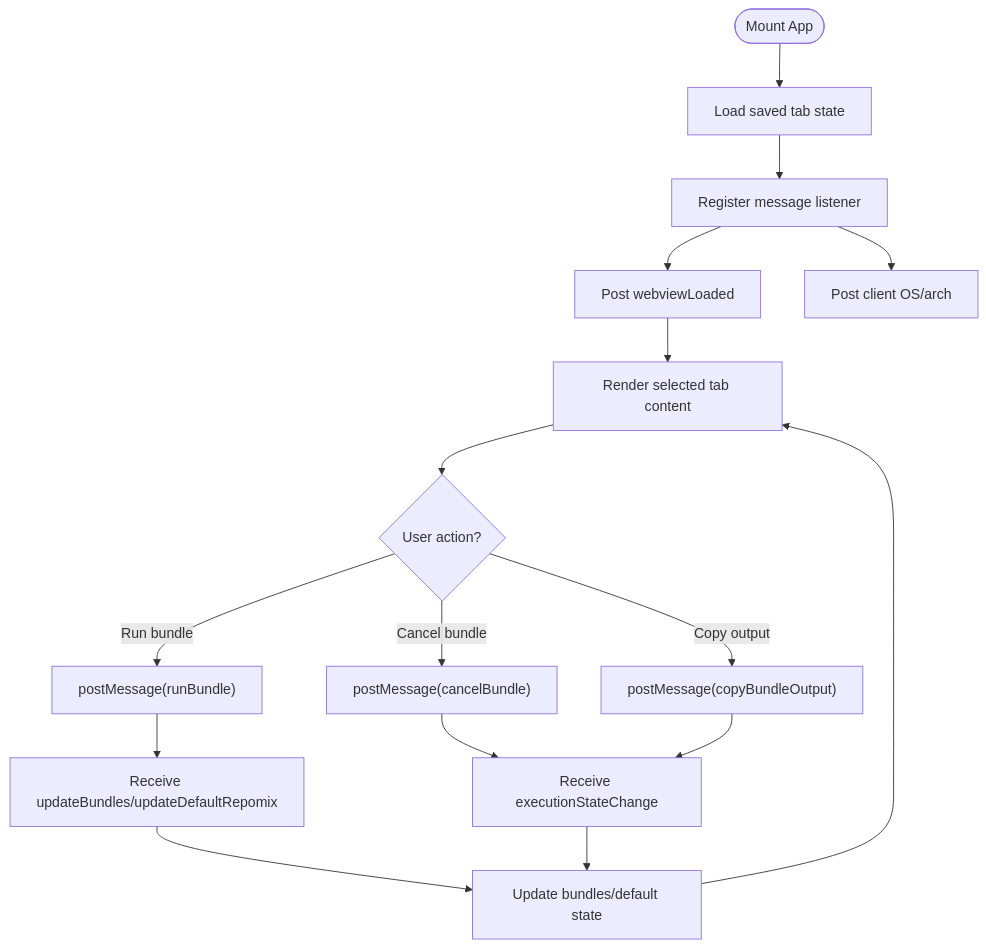
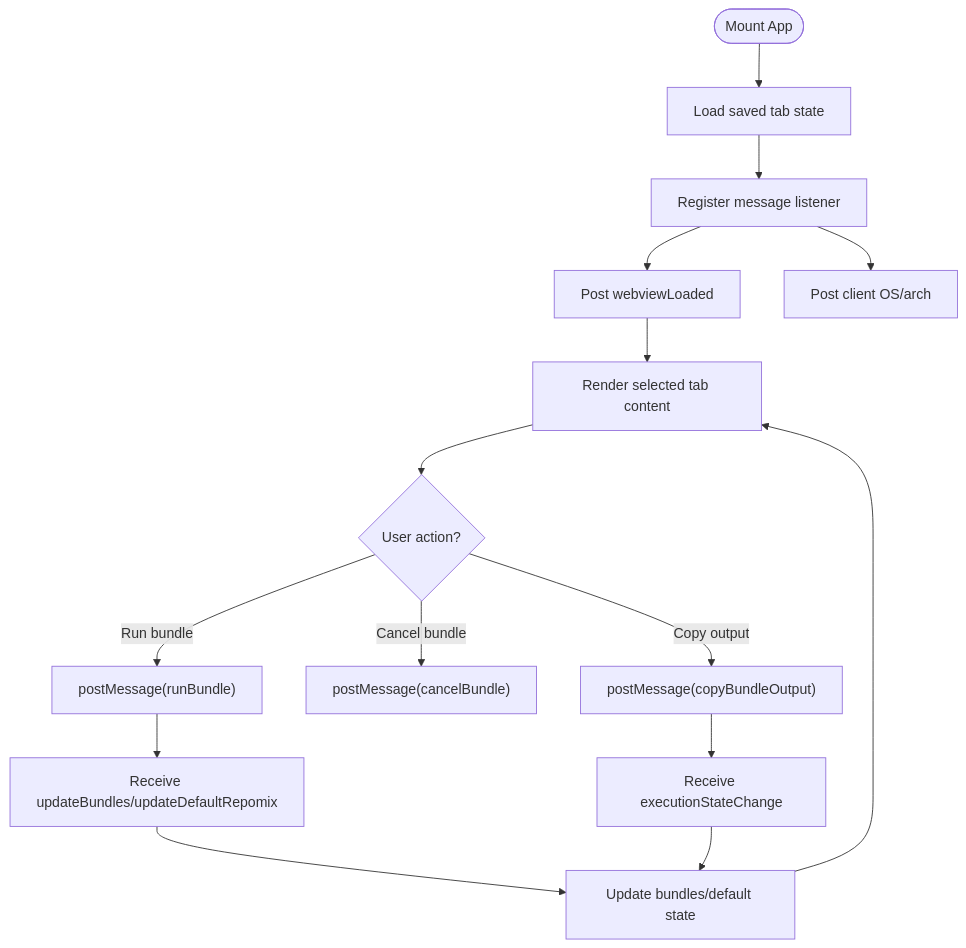
One commit to bramburn/repomix-runner changed the third of 10 diagrams in .qoder/repowiki/en/content/Webview Interface/Webview Interface.md. Above: the diagram before and after it, drawn with Mermaid. The commit also changed other lines of this file and 19 other files, not shown here.

````diff
--- a/.qoder/repowiki/en/content/Webview Interface/Webview Interface.md
+++ b/.qoder/repowiki/en/content/Webview Interface/Webview Interface.md
@@ -194,18 +253,17 @@
 ```mermaid
 flowchart TD
 Start(["Mount App"]) --> LoadState["Load saved tab state"]
 LoadState --> RegisterHandlers["Register message listener"]
 RegisterHandlers --> PostLoaded["Post webviewLoaded"]
 RegisterHandlers --> PostClientInfo["Post client OS/arch"]
 PostLoaded --> RenderTabs["Render selected tab content"]
 RenderTabs --> UserAction{"User action?"}
 UserAction --> |Run bundle| SendRun["postMessage(runBundle)"]
 UserAction --> |Cancel bundle| SendCancel["postMessage(cancelBundle)"]
 UserAction --> |Copy output| SendCopy["postMessage(copyBundleOutput)"]
 SendRun --> ReceiveUpdate["Receive updateBundles/updateDefaultRepomix"]
-SendCancel --> ReceiveState["Receive executionStateChange"]
-SendCopy --> ReceiveState
+SendCopy --> ReceiveState["Receive executionStateChange"]
 ReceiveUpdate --> UpdateState["Update bundles/default state"]
 ReceiveState --> UpdateState
 UpdateState --> RenderTabs
 ```
````
